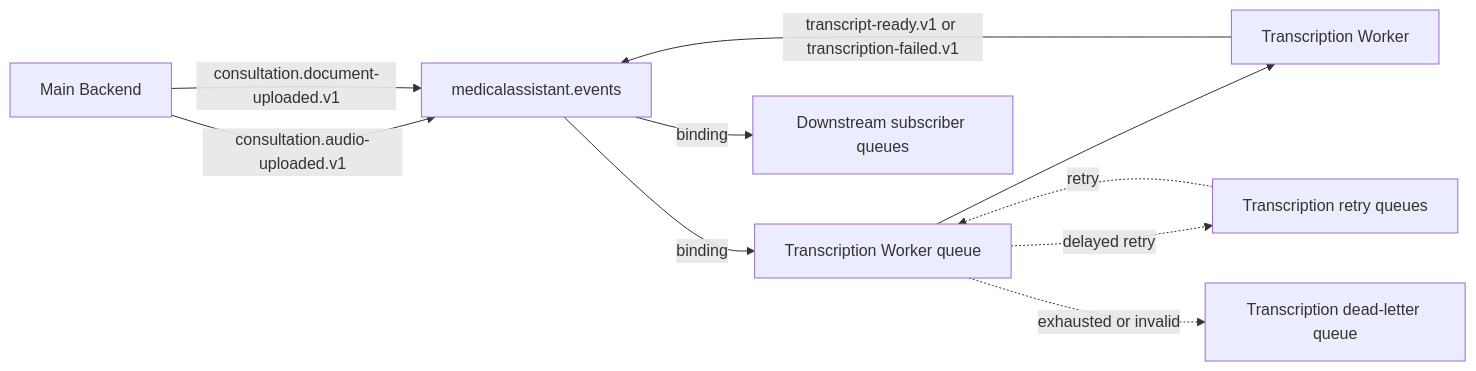
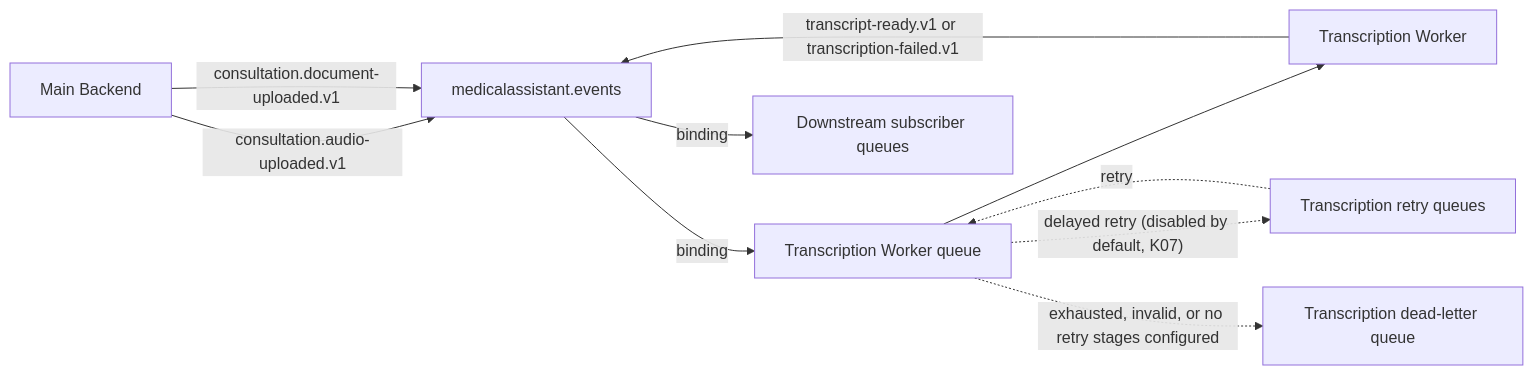
The diagram in project-docs/event bus implementations/02-event-topology-and-contracts.md (taonias/medicalassistant), drawn with Mermaid before and after one commit. The commit also changed other lines of this file and 454 other files, not shown here.

````diff
--- a/project-docs/event bus implementations/02-event-topology-and-contracts.md
+++ b/project-docs/event bus implementations/02-event-topology-and-contracts.md
@@ -11,12 +11,12 @@
 ```mermaid
 flowchart LR
     API["Main Backend"] -->|"consultation.audio-uploaded.v1"| Exchange["medicalassistant.events"]
     API -->|"consultation.document-uploaded.v1"| Exchange
     Exchange -->|"binding"| TQ["Transcription Worker queue"]
     TQ --> TW["Transcription Worker"]
     TW -->|"transcript-ready.v1 or transcription-failed.v1"| Exchange
     Exchange -->|"binding"| Downstream["Downstream subscriber queues"]
-    TQ -. "delayed retry" .-> Retry["Transcription retry queues"]
+    TQ -. "delayed retry (disabled by default, K07)" .-> Retry["Transcription retry queues"]
     Retry -. "retry" .-> TQ
-    TQ -. "exhausted or invalid" .-> DLQ["Transcription dead-letter queue"]
+    TQ -. "exhausted, invalid, or no retry stages configured" .-> DLQ["Transcription dead-letter queue"]
 ```
````
